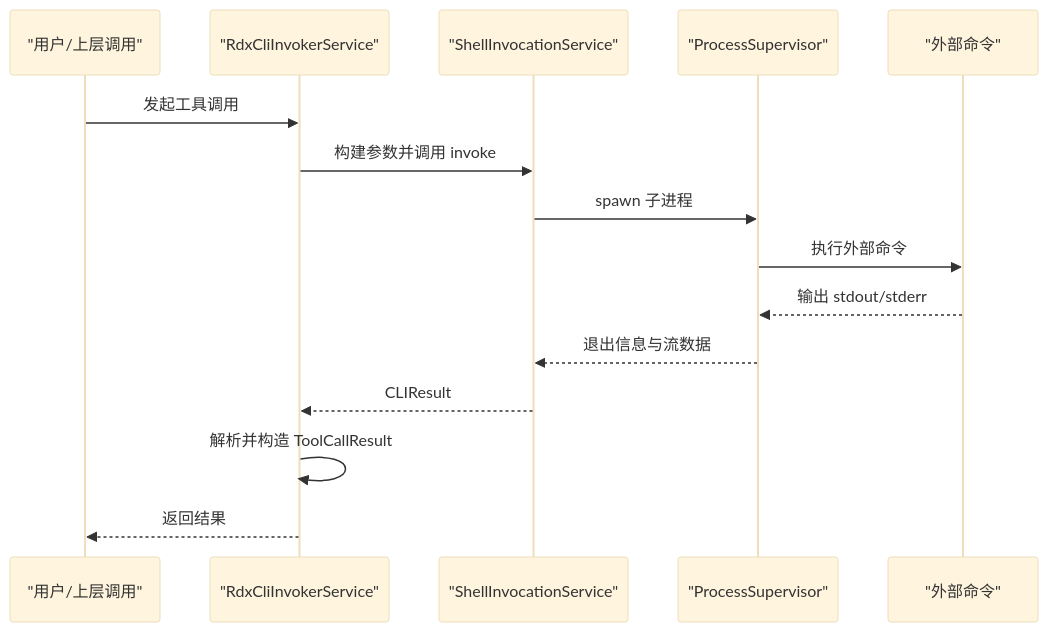
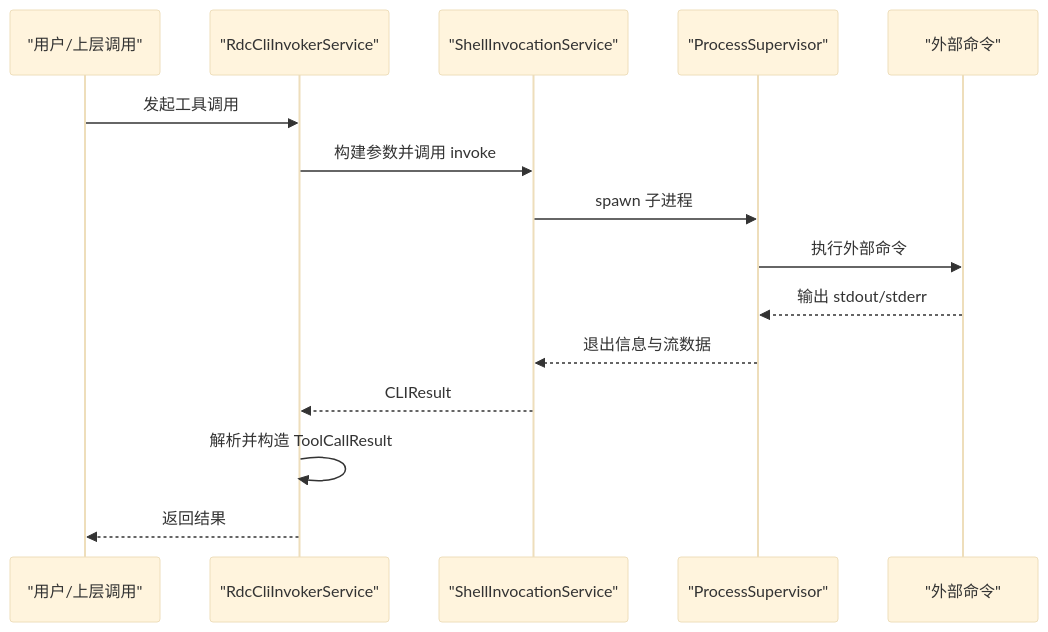
Before and after one commit to haolange/RDC-Agent: the eighth of 9 diagrams in .qoder/repowiki/zh/content/架构设计/主进程架构/工具执行系统.md, drawn with Mermaid (base theme). The commit also changed other lines of this file and 557 other files, not shown here.

````diff
--- a/.qoder/repowiki/zh/content/架构设计/主进程架构/工具执行系统.md
+++ b/.qoder/repowiki/zh/content/架构设计/主进程架构/工具执行系统.md
@@ -338,17 +338,17 @@
 ```mermaid
 sequenceDiagram
 participant U as "用户/上层调用"
-participant T as "RdxCliInvokerService"
+participant T as "RdcCliInvokerService"
 participant S as "ShellInvocationService"
 participant P as "ProcessSupervisor"
 participant X as "外部命令"
 U->>T : 发起工具调用
 T->>S : 构建参数并调用 invoke
 S->>P : spawn 子进程
 P->>X : 执行外部命令
 X-->>P : 输出 stdout/stderr
 P-->>S : 退出信息与流数据
 S-->>T : CLIResult
 T->>T : 解析并构造 ToolCallResult
 T-->>U : 返回结果
 ```
````
